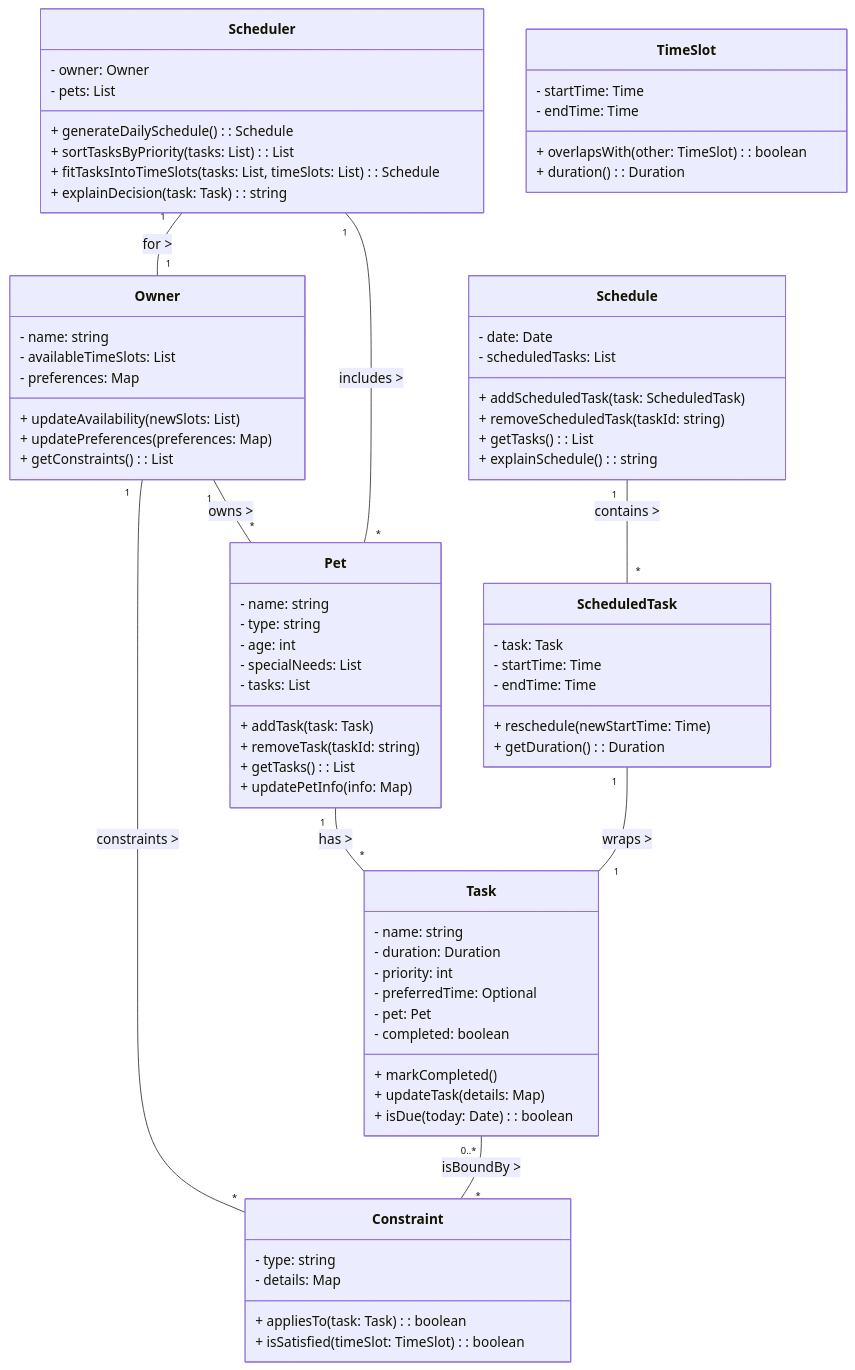
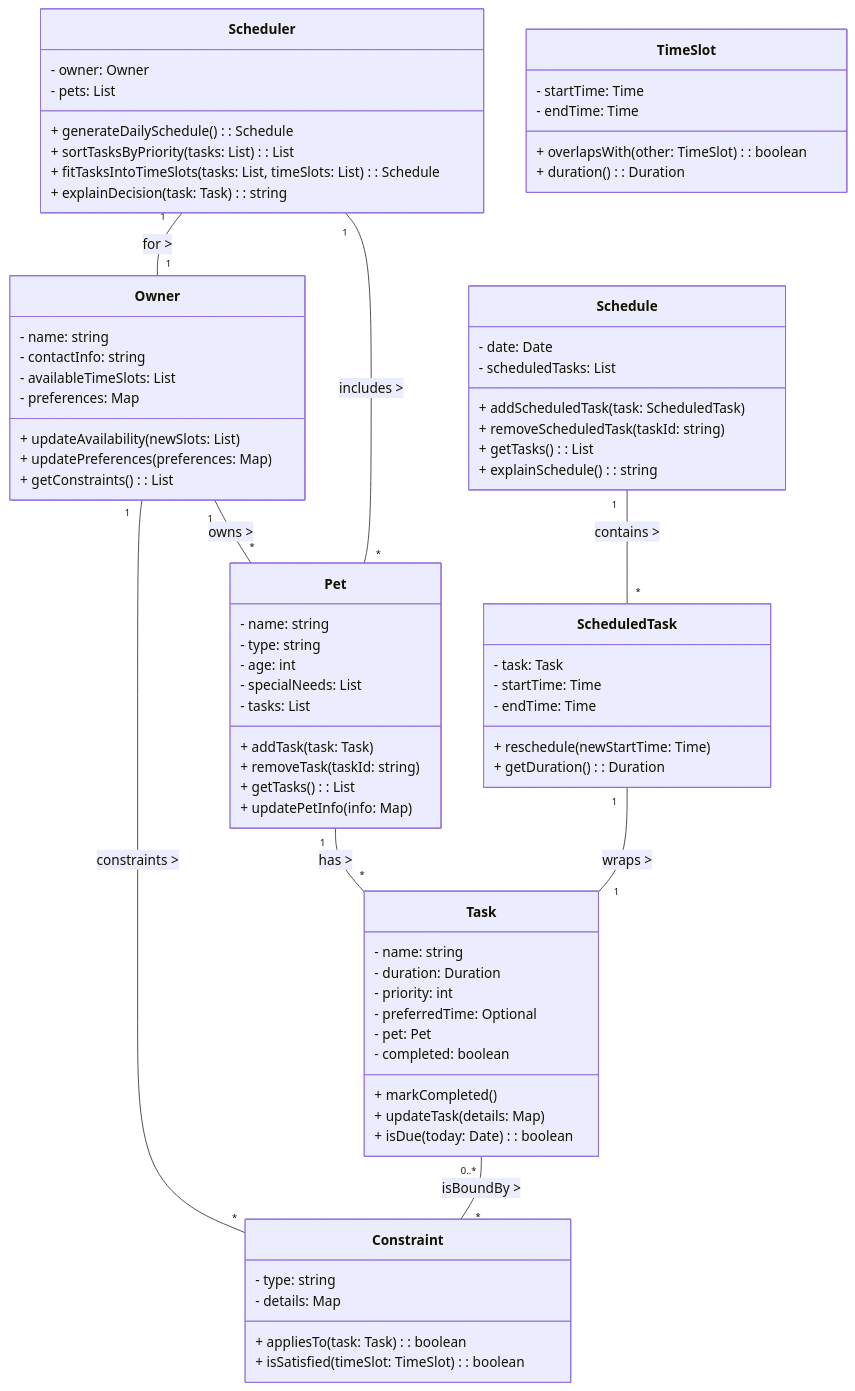
Before and after one commit to arelymartinez16/ai110-module2show-pawpal-starter: the diagram in reflection.md, drawn with Mermaid. The commit also changed other lines of this file and 1 other file, not shown here.

```diff
--- a/reflection.md
+++ b/reflection.md
@@ -139,6 +139,7 @@
 classDiagram
     class Owner {
         - name: string
+        - contactInfo: string
         - availableTimeSlots: List<TimeSlot>
         - preferences: Map<String, Any>
         + updateAvailability(newSlots: List<TimeSlot>)
```
